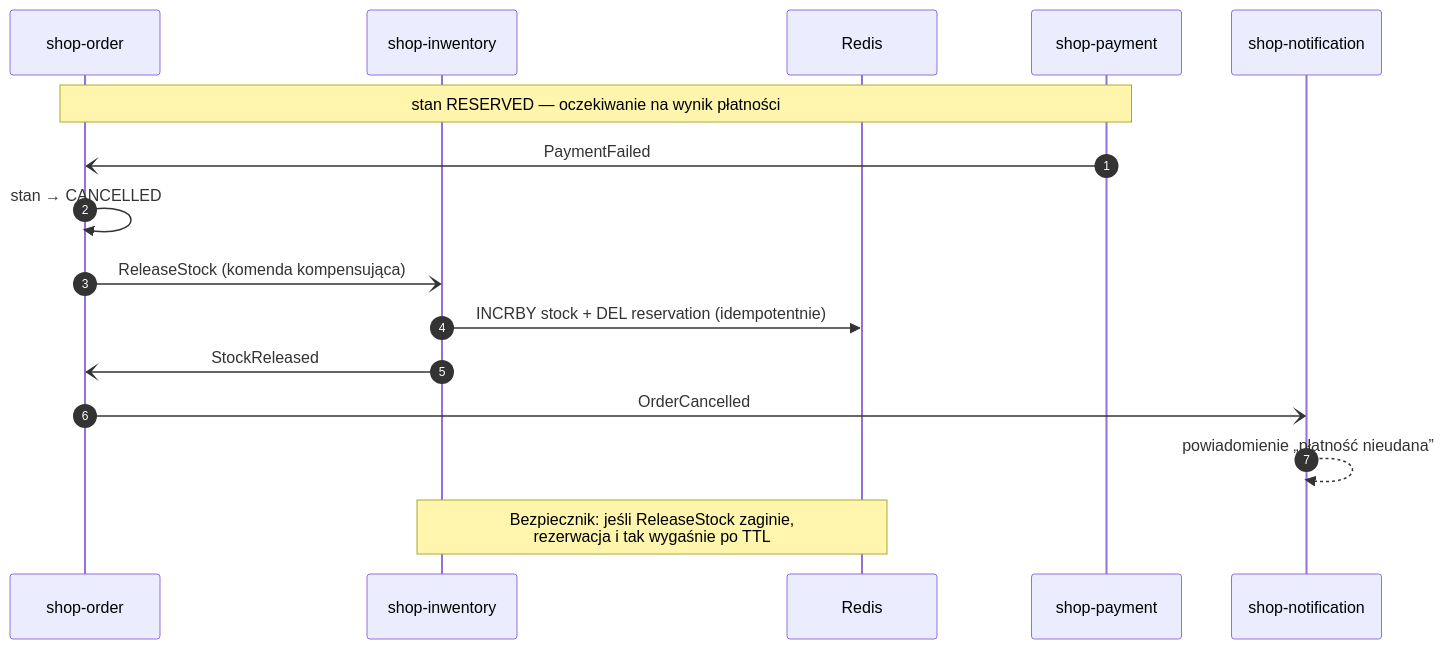
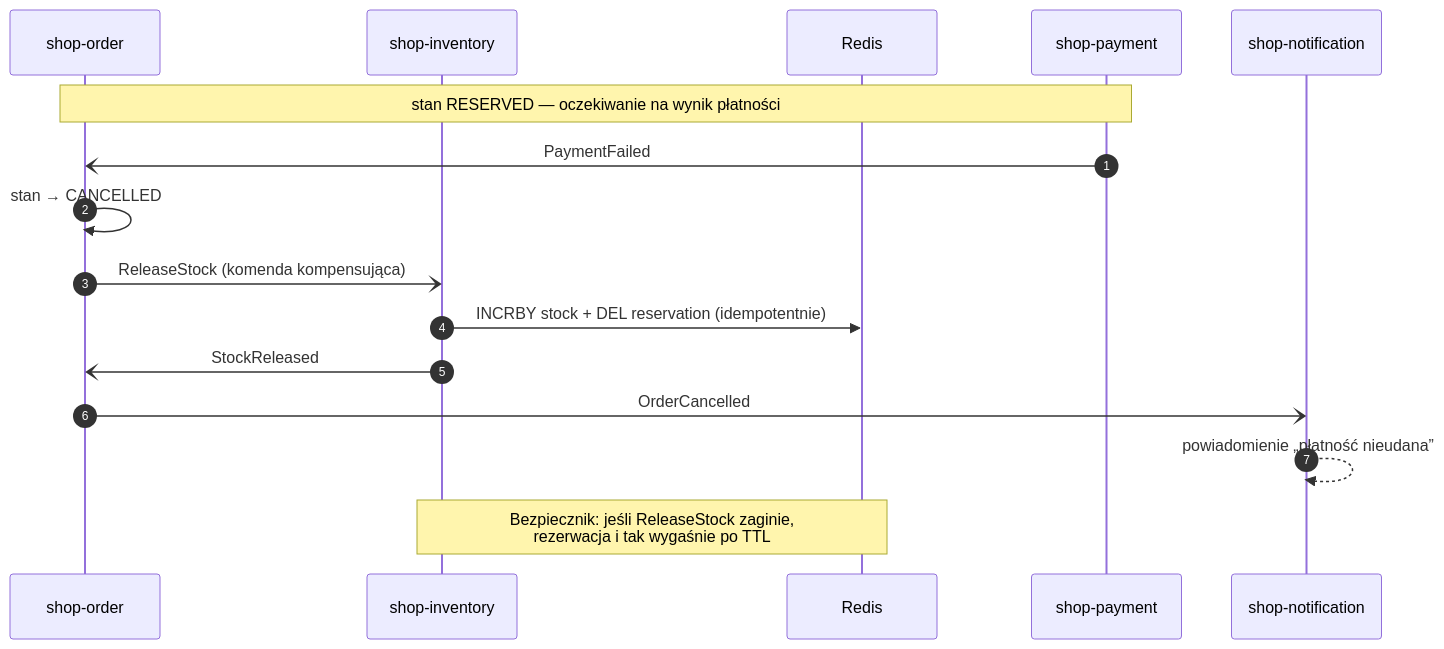
The fifth of 6 diagrams in ARCHITECTURE.md (ai-bot-playground/shop-infra), drawn with Mermaid before and after one commit. The commit also changed other lines of this file and 2 other files, not shown here.

Commit message:
Rename repo to shop-infra; update docs and compose for shop-inventory

````diff
--- a/ARCHITECTURE.md
+++ b/ARCHITECTURE.md
@@ -173,19 +173,19 @@
 ```mermaid
 sequenceDiagram
     autonumber
     participant ORD as shop-order
-    participant INV as shop-inwentory
+    participant INV as shop-inventory
     participant RD as Redis
     participant PAY as shop-payment
     participant NOT as shop-notification
 
     Note over ORD,PAY: stan RESERVED — oczekiwanie na wynik płatności
     PAY-)ORD: PaymentFailed
     ORD->>ORD: stan → CANCELLED
     ORD-)INV: ReleaseStock (komenda kompensująca)
     INV->>RD: INCRBY stock + DEL reservation (idempotentnie)
     INV-)ORD: StockReleased
     ORD-)NOT: OrderCancelled
     NOT-->>NOT: powiadomienie „płatność nieudana”
     Note over INV,RD: Bezpiecznik: jeśli ReleaseStock zaginie,<br/>rezerwacja i tak wygaśnie po TTL
 ```
````
